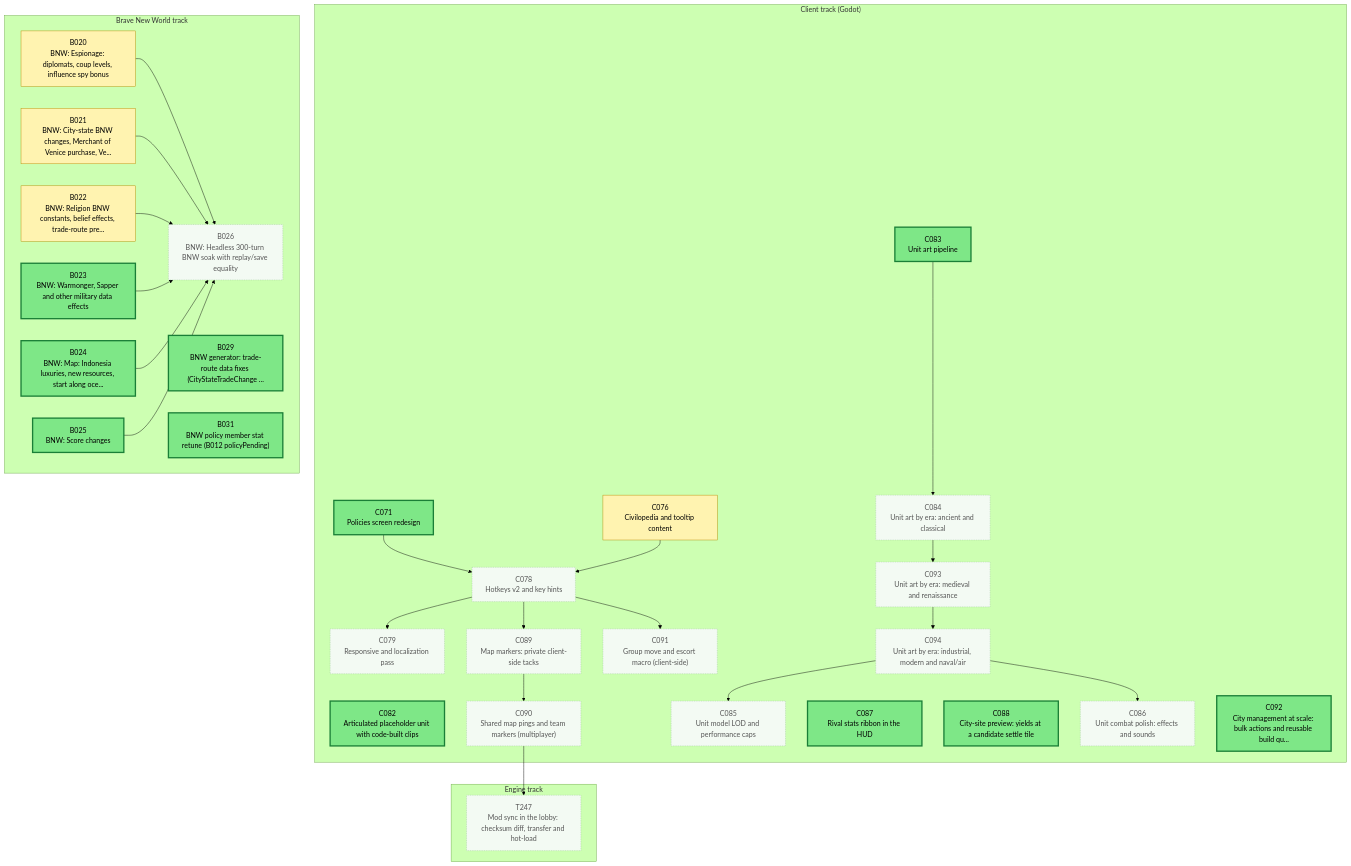
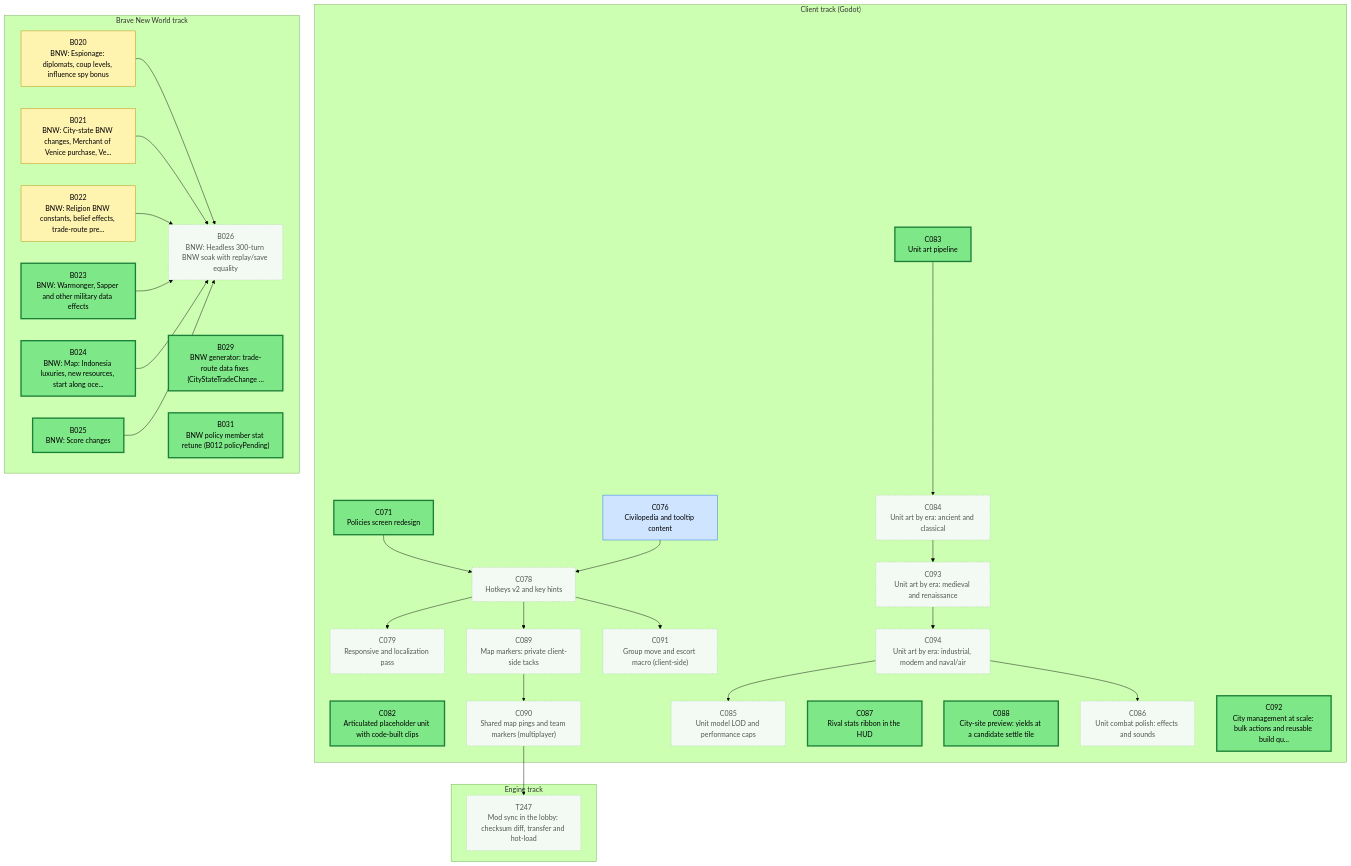
One commit to Kenmura/Unciv changed the first of 3 diagrams in csharp/migration/DEPENDENCY_MAP.md. Above: the diagram before and after it, drawn with Mermaid (forest theme). The commit also changed other lines of this file, not shown here.

Commit message:
C076: rebuild dependency map

```diff
--- a/csharp/migration/DEPENDENCY_MAP.md
+++ b/csharp/migration/DEPENDENCY_MAP.md
@@ -92,7 +92,7 @@
   class B029 ready
   class B031 ready
   class C071 ready
-  class C076 prog
+  class C076 review
   class C078 waiting
   class C079 waiting
   class C082 ready
```
